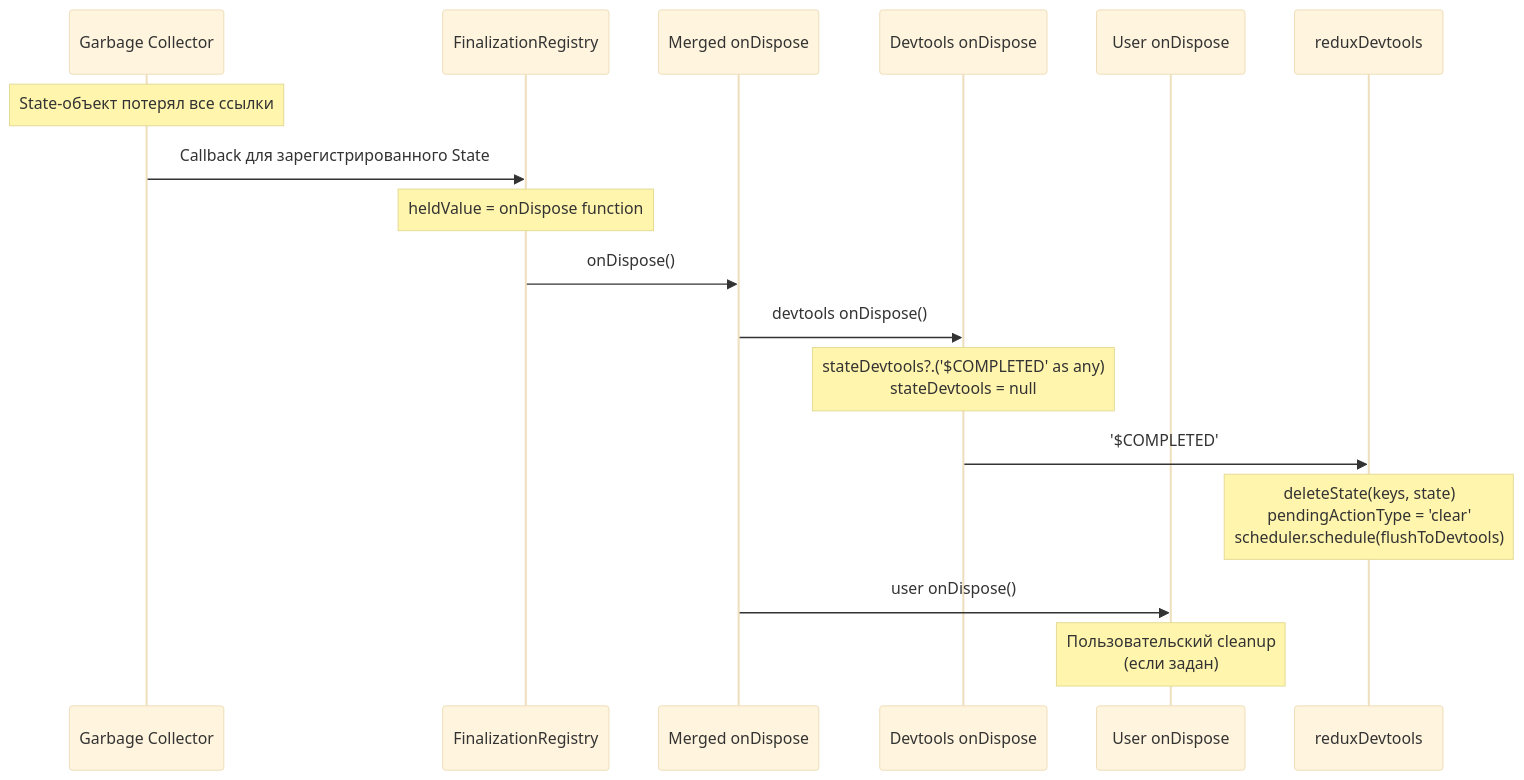
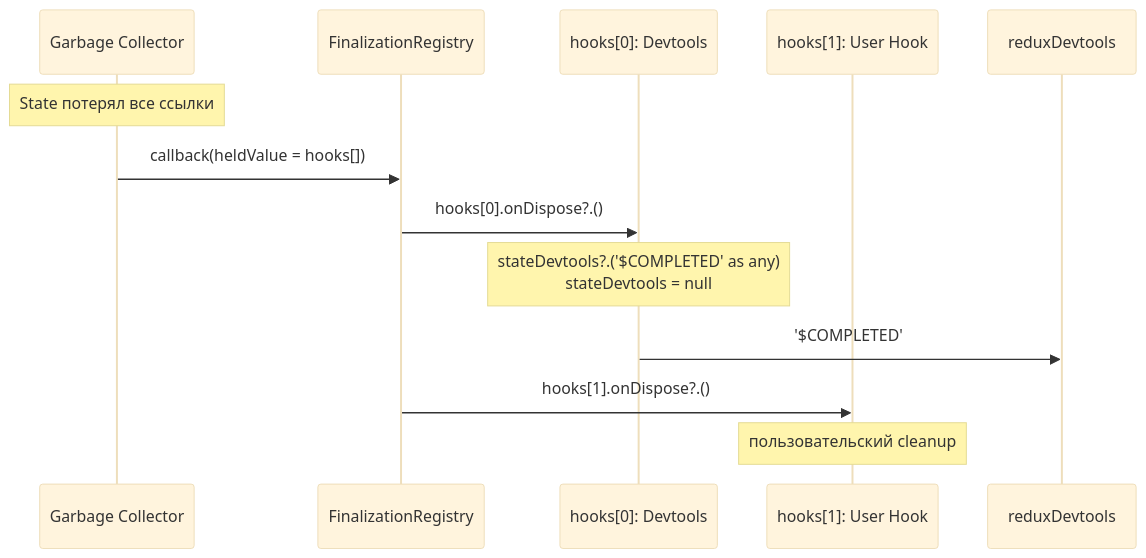
Before and after one commit to fozy-labs/rx-toolkit: the ninth of 11 diagrams in .thoughts/2026-03-11_signal-devtools-lifecycle/02-design/02-dataflow.md, drawn with Mermaid (base theme). The commit also changed other lines of this file and 9 other files, not shown here.

Commit message:
thoughts: add design for signal devtools lifecycle hooks

````diff
--- a/.thoughts/2026-03-11_signal-devtools-lifecycle/02-design/02-dataflow.md
+++ b/.thoughts/2026-03-11_signal-devtools-lifecycle/02-design/02-dataflow.md
@@ -322,26 +297,19 @@
 ```mermaid
 sequenceDiagram
     participant GC as Garbage Collector
     participant FR as FinalizationRegistry
-    participant OnDispose as Merged onDispose
-    participant DT_Dispose as Devtools onDispose
-    participant User_Dispose as User onDispose
-    participant ReduxDT as reduxDevtools
+    participant H0 as hooks[0]: Devtools
+    participant H1 as hooks[1]: User Hook
+    participant RDT as reduxDevtools
 
-    Note over GC: State-объект потерял все ссылки
+    Note over GC: State потерял все ссылки
 
-    GC->>FR: Callback для зарегистрированного State
+    GC->>FR: callback(heldValue = hooks[])
 
-    Note over FR: heldValue = onDispose function
+    FR->>H0: hooks[0].onDispose?.()
+    Note over H0: stateDevtools?.('$COMPLETED' as any)<br/>stateDevtools = null
+    H0->>RDT: '$COMPLETED'
 
-    FR->>OnDispose: onDispose()
-
-    OnDispose->>DT_Dispose: devtools onDispose()
-    Note over DT_Dispose: stateDevtools?.('$COMPLETED' as any)<br/>stateDevtools = null
-
-    DT_Dispose->>ReduxDT: '$COMPLETED'
-    Note over ReduxDT: deleteState(keys, state)<br/>pendingActionType = 'clear'<br/>scheduler.schedule(flushToDevtools)
-
-    OnDispose->>User_Dispose: user onDispose()
-    Note over User_Dispose: Пользовательский cleanup<br/>(если задан)
+    FR->>H1: hooks[1].onDispose?.()
+    Note over H1: пользовательский cleanup
 ```
````
